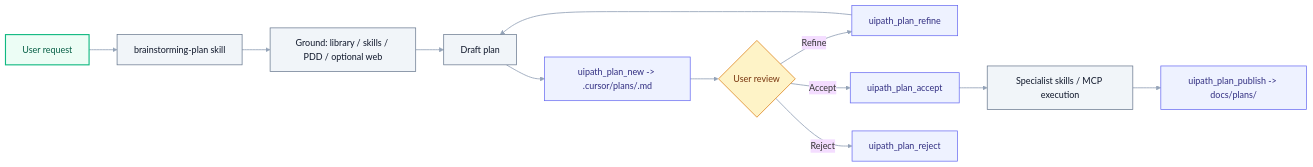
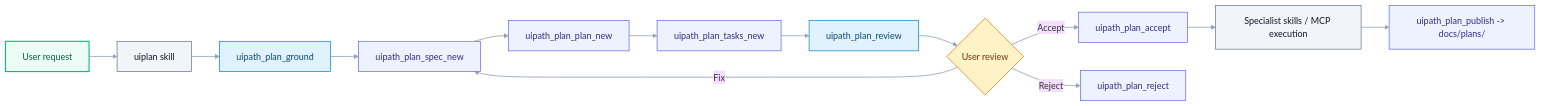
One commit to DanielaRosenn/uiplan-agent-of-agents changed the first of 3 diagrams in docs/PLANNING_FRAMEWORK.md. Above: the diagram before and after it, drawn with Mermaid (base theme). The commit also changed other lines of this file and 6 other files, not shown here.

First line of the commit message:
docs(skills): merge brainstorming-plan into uiplan

````diff
--- a/docs/PLANNING_FRAMEWORK.md
+++ b/docs/PLANNING_FRAMEWORK.md
@@ -26,21 +29,23 @@
 ```mermaid
 flowchart LR
-  Req[User request]:::in --> BS[brainstorming-plan skill]:::process
-  BS --> Ground["Ground: library / skills / PDD / optional web"]:::process
-  Ground --> Draft[Draft plan]:::process
-  Draft --> Save["uipath_plan_new -> .cursor/plans/<slug>.md"]:::write
-  Save --> Review{User review}:::decision
-  Review -->|Refine| Refine[uipath_plan_refine]:::write
-  Refine --> Draft
+  Req[User request]:::in --> UI[uiplan skill]:::process
+  UI --> Ground[uipath_plan_ground]:::ro
+  Ground --> Spec[uipath_plan_spec_new]:::write
+  Spec --> Plan[uipath_plan_plan_new]:::write
+  Plan --> Tasks[uipath_plan_tasks_new]:::write
+  Tasks --> Rev[uipath_plan_review]:::ro
+  Rev --> Review{User review}:::decision
+  Review -->|Fix| Spec
   Review -->|Accept| Accept[uipath_plan_accept]:::write
   Review -->|Reject| Reject[uipath_plan_reject]:::write
   Accept --> Execute[Specialist skills / MCP execution]:::process
   Execute --> Publish["uipath_plan_publish -> docs/plans/"]:::write
 
   classDef in       fill:#ECFDF5,stroke:#10B981,color:#065F46,stroke-width:2px
   classDef process  fill:#F1F5F9,stroke:#64748B,color:#0F172A,stroke-width:1.25px
   classDef decision fill:#FEF3C7,stroke:#D97706,color:#78350F,stroke-width:1.25px
   classDef write    fill:#EEF2FF,stroke:#6366F1,color:#312E81,stroke-width:1.25px
+  classDef ro fill:#E0F2FE,stroke:#0284C7,color:#0C4A6E,stroke-width:1.25px
 
   linkStyle default stroke:#94A3B8,stroke-width:1.5px
 ```
````
